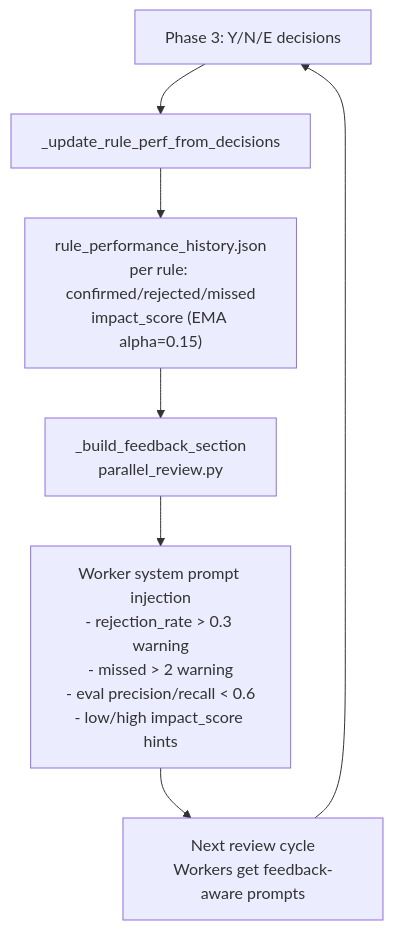
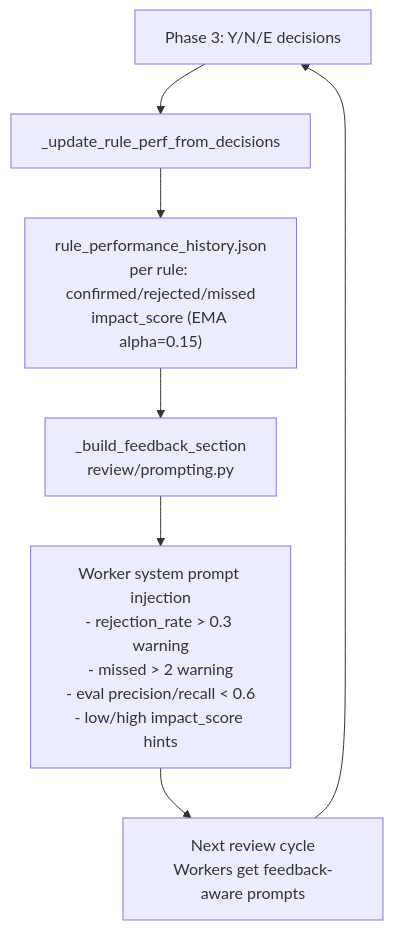
Before and after one commit to albedolyu/pecker-prd-review-agent: the third of 3 diagrams in ARCHITECTURE.md, drawn with Mermaid. The commit also changed other lines of this file and 12 other files, not shown here.

First line of the commit message:
refactor(review): split parallel_review.py 1223 → 78 行 facade

````diff
--- a/ARCHITECTURE.md
+++ b/ARCHITECTURE.md
@@ -67,9 +67,9 @@
 ```mermaid
 flowchart TD
     A["Phase 3: Y/N/E decisions"] --> B["_update_rule_perf_from_decisions"]
     B --> C["rule_performance_history.json<br/>per rule: confirmed/rejected/missed<br/>impact_score (EMA alpha=0.15)"]
-    C --> D["_build_feedback_section<br/>parallel_review.py"]
+    C --> D["_build_feedback_section<br/>review/prompting.py"]
     D --> E["Worker system prompt injection<br/>- rejection_rate > 0.3 warning<br/>- missed > 2 warning<br/>- eval precision/recall < 0.6<br/>- low/high impact_score hints"]
     E --> F["Next review cycle<br/>Workers get feedback-aware prompts"]
     F --> A
 ```
````
